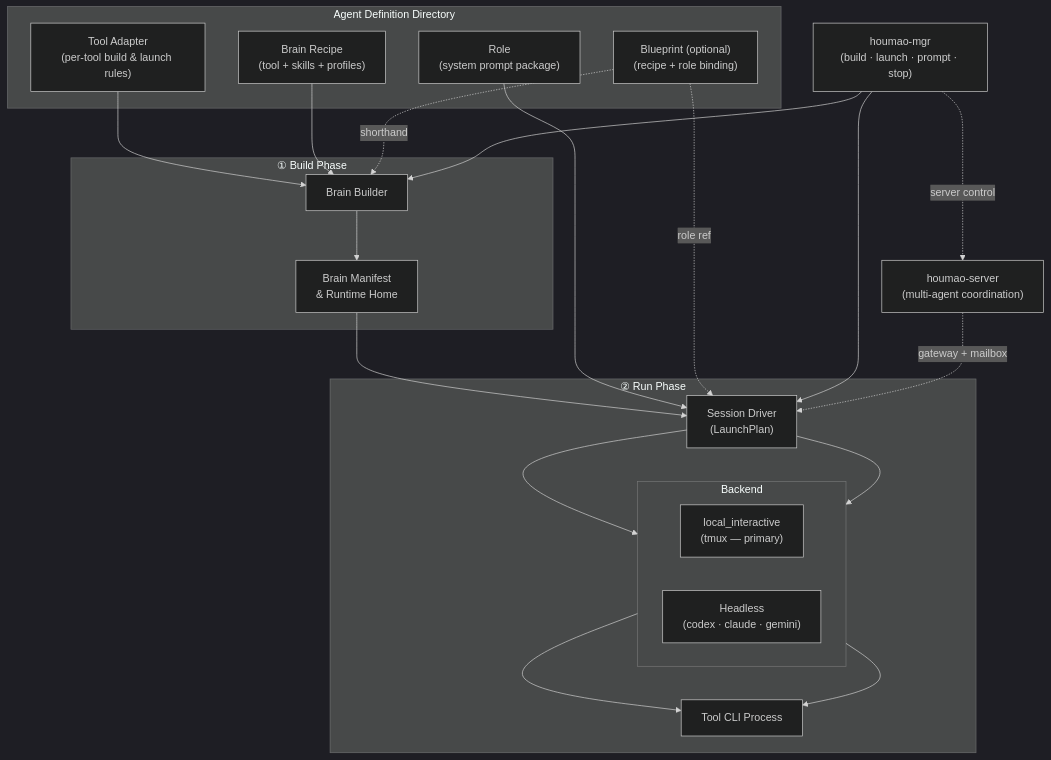
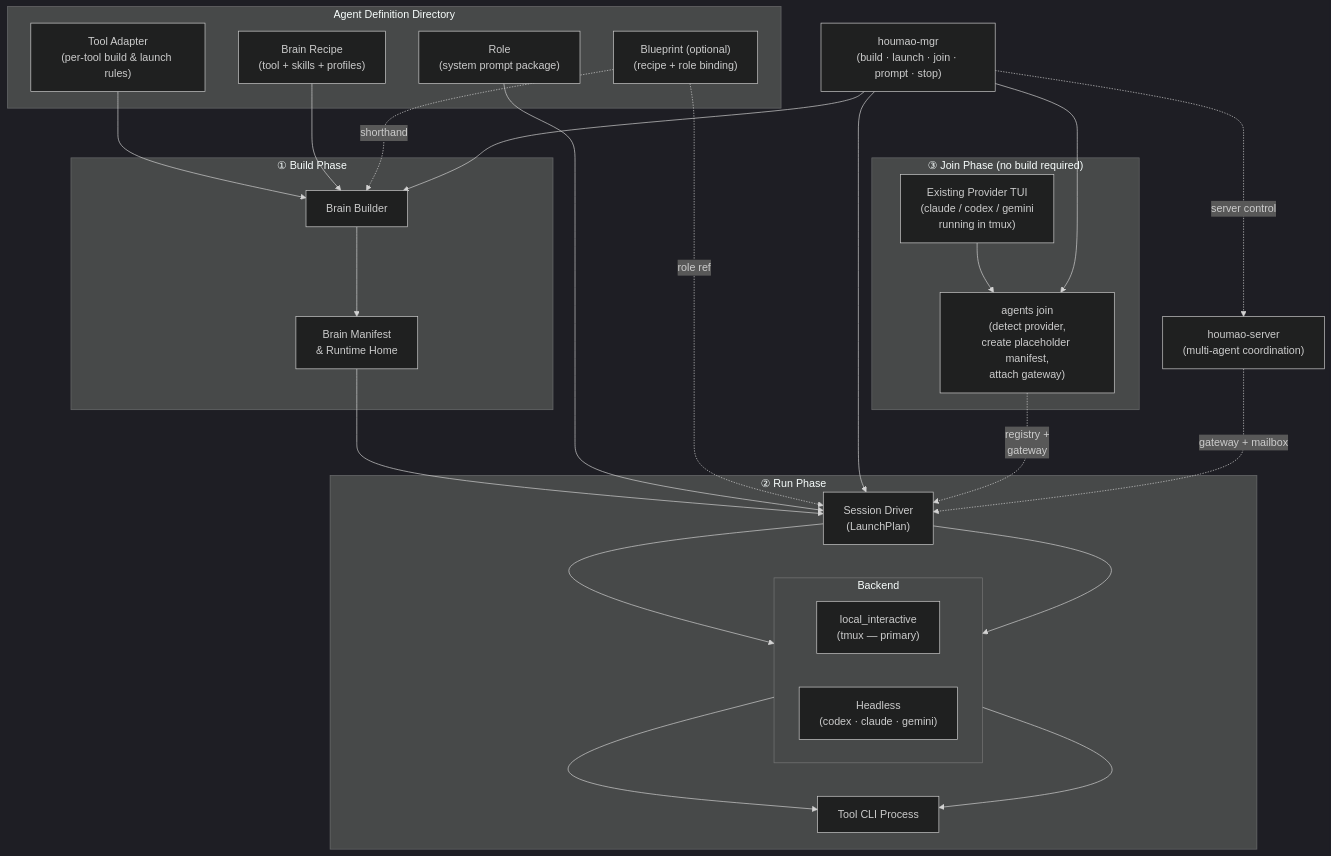
One commit to igamenovoer/houmao changed the second of 3 diagrams in README.md. Above: the diagram before and after it, drawn with Mermaid (dark theme). The commit also changed other lines of this file and 33 other files, not shown here.

````diff
--- a/README.md
+++ b/README.md
@@ -336,42 +399,50 @@
 ```mermaid
 flowchart TB
     subgraph agentdef ["Agent Definition Directory"]
         adapter["Tool Adapter<br/>(per-tool build & launch rules)"]
         recipe["Brain Recipe<br/>(tool + skills + profiles)"]
         role["Role<br/>(system prompt package)"]
         blueprint["Blueprint (optional)<br/>(recipe + role binding)"]
     end
 
     subgraph buildphase ["① Build Phase"]
         builder["Brain Builder"]
         artifact["Brain Manifest<br/>& Runtime Home"]
         builder --> artifact
     end
 
     subgraph runphase ["② Run Phase"]
         runtime["Session Driver<br/>(LaunchPlan)"]
         subgraph backends ["Backend"]
             direction LR
             local["local_interactive<br/>(tmux — primary)"]
             headless["Headless<br/>(codex · claude · gemini)"]
         end
         toolcli["Tool CLI Process"]
         runtime --> local & headless --> toolcli
     end
 
-    mgrcli["houmao-mgr<br/>(build · launch · prompt · stop)"]
+    subgraph joinphase ["③ Join Phase (no build required)"]
+        existingtui["Existing Provider TUI<br/>(claude / codex / gemini<br/>running in tmux)"]
+        joincmd["agents join<br/>(detect provider,<br/>create placeholder manifest,<br/>attach gateway)"]
+        existingtui --> joincmd
+    end
+
+    mgrcli["houmao-mgr<br/>(build · launch · join · prompt · stop)"]
     srvpair["houmao-server<br/>(multi-agent coordination)"]
 
     adapter --> builder
     recipe --> builder
     blueprint -. "shorthand" .-> builder
 
     artifact --> runtime
     role --> runtime
     blueprint -. "role ref" .-> runtime
 
     mgrcli --> builder
     mgrcli --> runtime
+    mgrcli --> joincmd
+    joincmd -. "registry +<br/>gateway" .-> runtime
     mgrcli -. "server control" .-> srvpair
     srvpair -. "gateway + mailbox" .-> runtime
 ```
````
